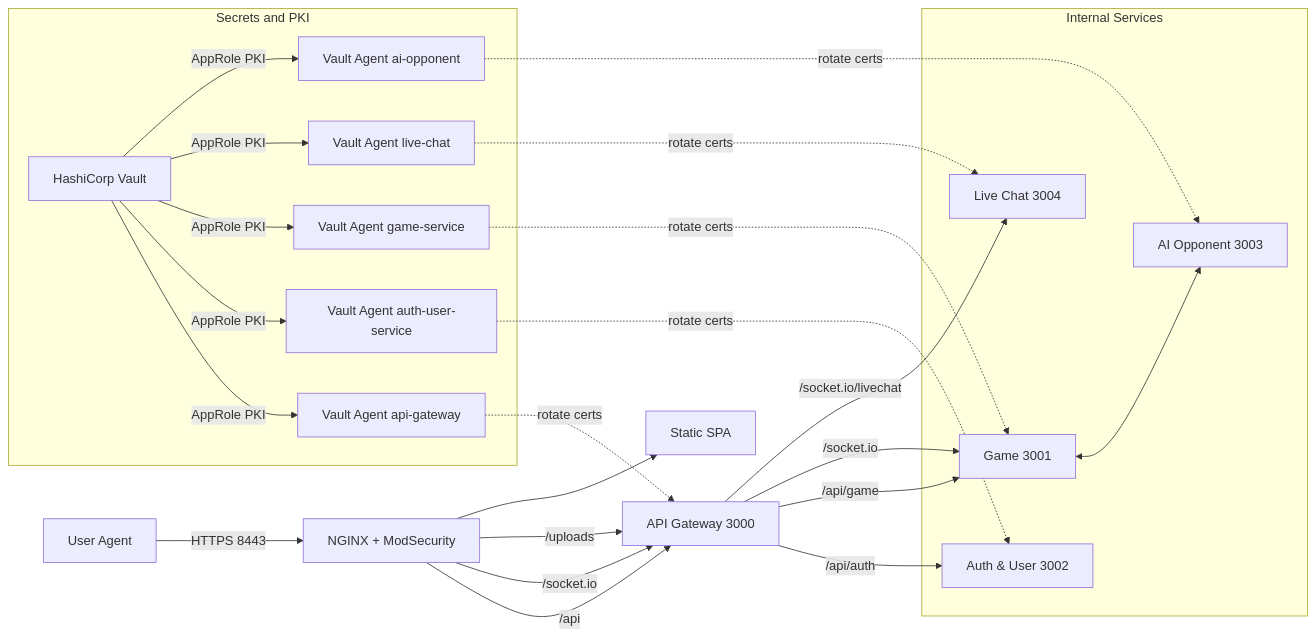
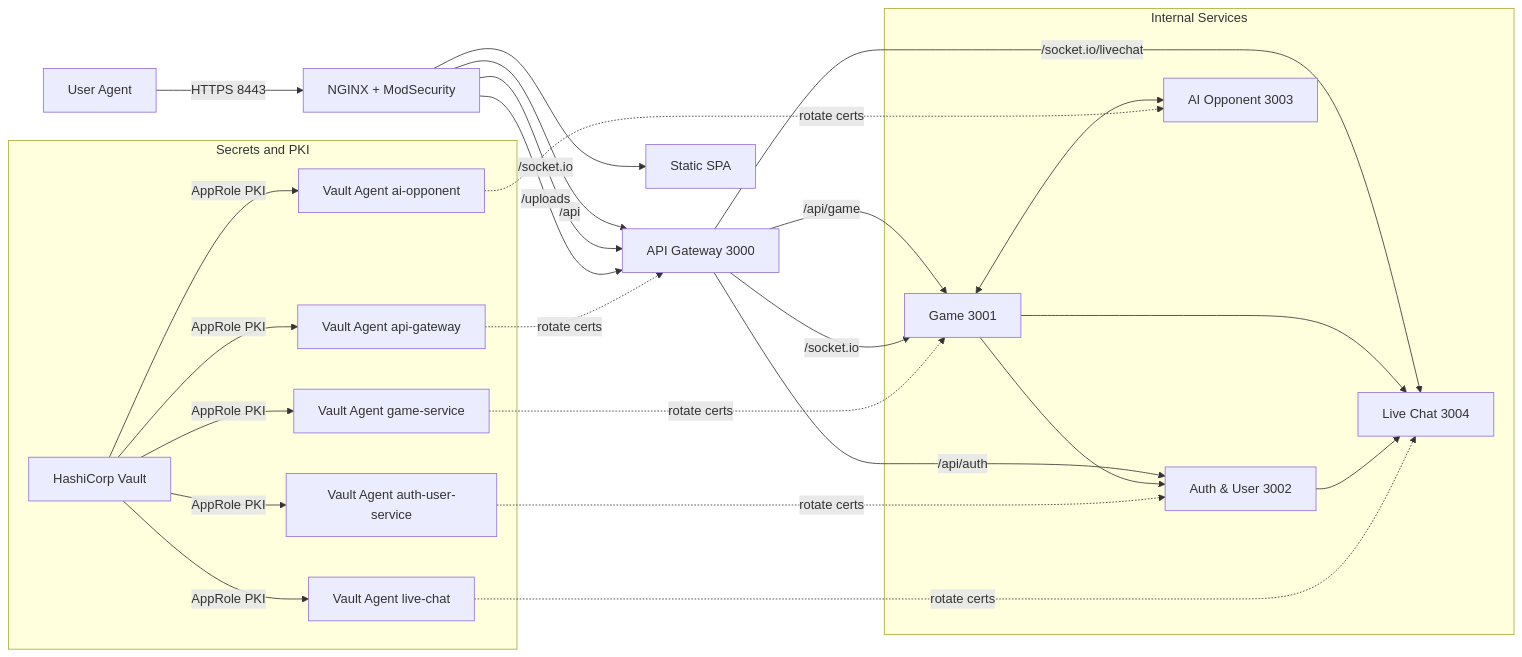
Before and after one commit to mxmxmx333/ft-transcendence: the diagram in README.md, drawn with Mermaid.

Commit message:
doc/mx3/readme: add missing architecture arrows

````diff
--- a/README.md
+++ b/README.md
@@ -65,43 +65,46 @@
 ```mermaid
 flowchart LR
   B[User Agent] -->|HTTPS 8443| WAF[NGINX + ModSecurity]
 
   %% WAF to Gateway routes
   WAF -->|/api| G[API Gateway 3000]
   WAF -->|/socket.io| G
   WAF -->|/uploads| G
   WAF --> SPA[Static SPA]
 
   subgraph "Internal Services"
     A[Auth & User 3002]
     GS[Game 3001]
     LC[Live Chat 3004]
     AI[AI Opponent 3003]
   end
 
   G -->|/api/auth| A
   G -->|/api/game| GS
   G -->|/socket.io| GS
   G -->|/socket.io/livechat| LC
   GS <--> AI
+  GS --> LC
+  GS --> A
+  A --> LC
 
   subgraph "Secrets and PKI"
     V[HashiCorp Vault]
     VA1[Vault Agent api-gateway]
     VA2[Vault Agent auth-user-service]
     VA3[Vault Agent game-service]
     VA4[Vault Agent live-chat]
     VA5[Vault Agent ai-opponent]
   end
 
   V -->|AppRole PKI| VA1
   V -->|AppRole PKI| VA2
   V -->|AppRole PKI| VA3
   V -->|AppRole PKI| VA4
   V -->|AppRole PKI| VA5
   VA1 -.->|rotate certs| G
   VA2 -.->|rotate certs| A
   VA3 -.->|rotate certs| GS
   VA4 -.->|rotate certs| LC
   VA5 -.->|rotate certs| AI
 ```
````
